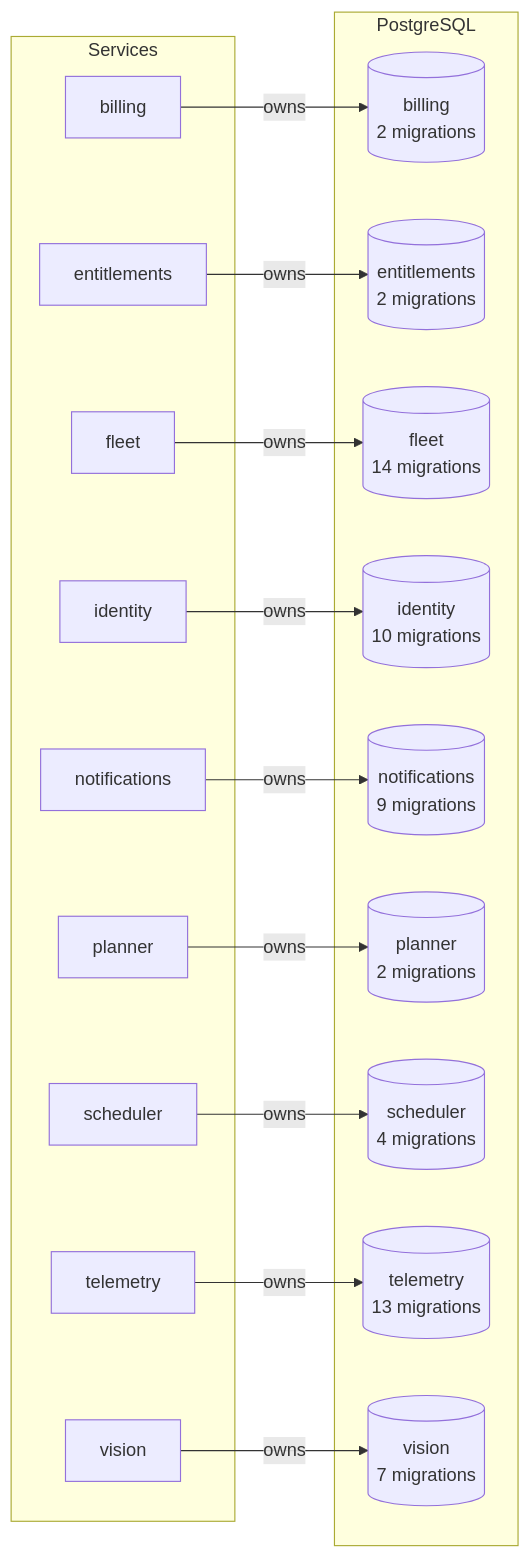
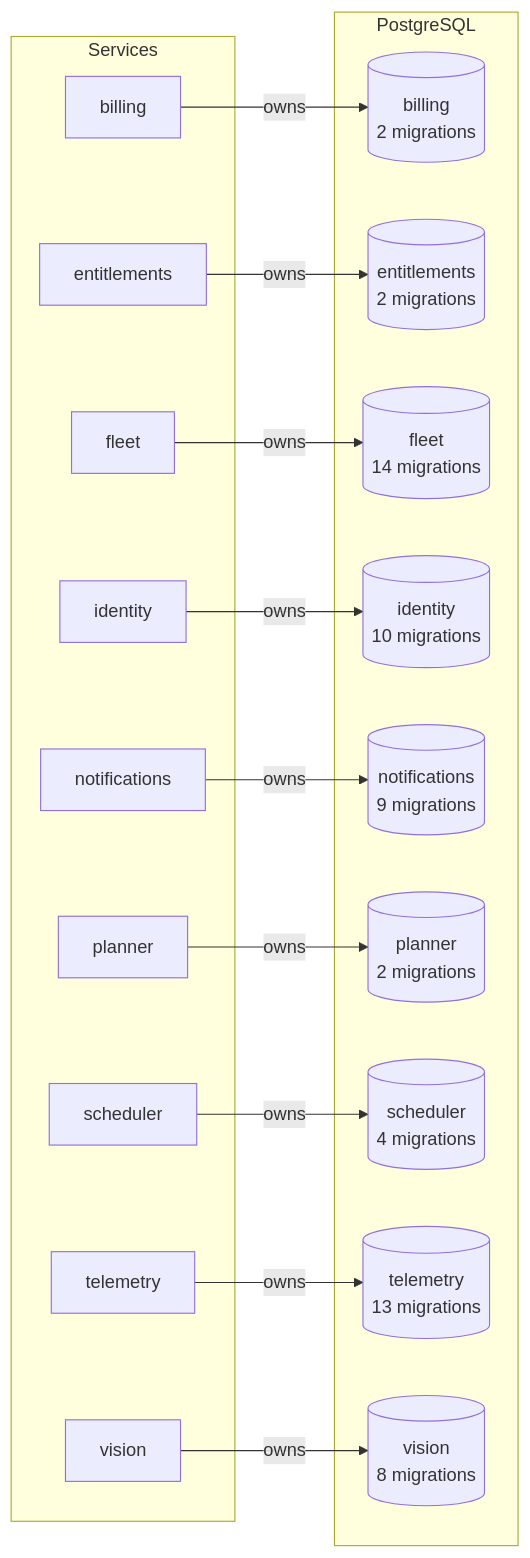
Diagram 15 of 15 in docs/architecture/generated.md (lukislp/mowdeck), drawn with Mermaid before and after one commit. The commit also changed other lines of this file and 69 other files, not shown here.

````diff
--- a/docs/architecture/generated.md
+++ b/docs/architecture/generated.md
@@ -560,34 +560,34 @@
 ```mermaid
 flowchart LR
   subgraph apps[Services]
     billing["billing"]
     entitlements["entitlements"]
     fleet["fleet"]
     identity["identity"]
     notifications["notifications"]
     planner["planner"]
     scheduler["scheduler"]
     telemetry["telemetry"]
     vision["vision"]
   end
   subgraph pg[PostgreSQL]
     db_billing[("billing<br/>2 migrations")]
     db_entitlements[("entitlements<br/>2 migrations")]
     db_fleet[("fleet<br/>14 migrations")]
     db_identity[("identity<br/>10 migrations")]
     db_notifications[("notifications<br/>9 migrations")]
     db_planner[("planner<br/>2 migrations")]
     db_scheduler[("scheduler<br/>4 migrations")]
     db_telemetry[("telemetry<br/>13 migrations")]
-    db_vision[("vision<br/>7 migrations")]
+    db_vision[("vision<br/>8 migrations")]
   end
   billing -->|owns| db_billing
   entitlements -->|owns| db_entitlements
   fleet -->|owns| db_fleet
   identity -->|owns| db_identity
   notifications -->|owns| db_notifications
   planner -->|owns| db_planner
   scheduler -->|owns| db_scheduler
   telemetry -->|owns| db_telemetry
   vision -->|owns| db_vision
 ```
````
